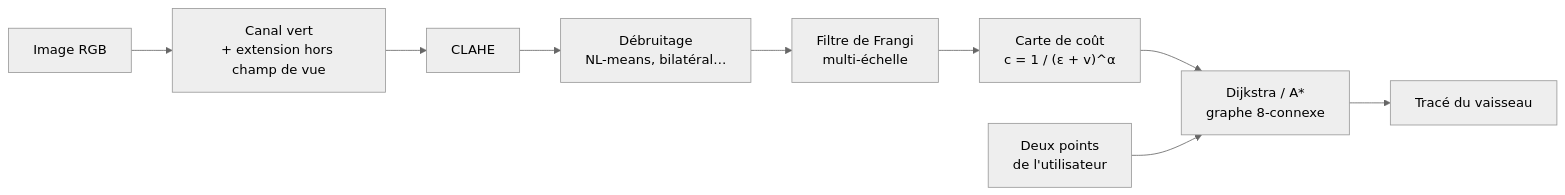
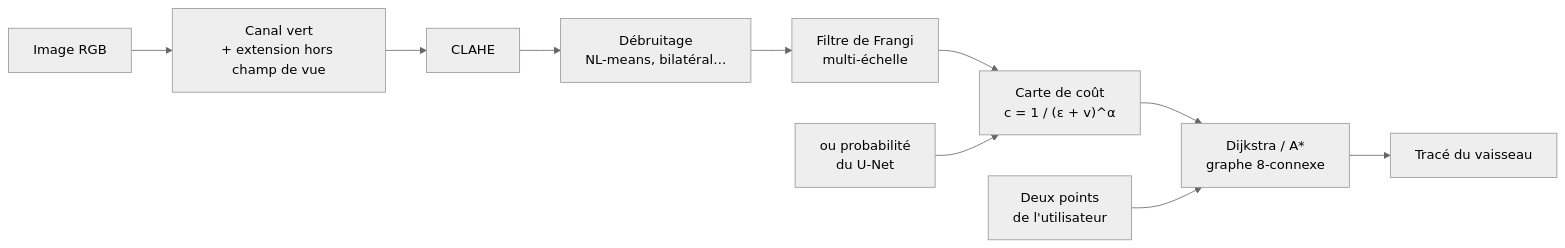
The diagram in README.md (sheene123/retina-vessel-tracing), drawn with Mermaid (neutral theme) before and after one commit. The commit also changed other lines of this file and 11 other files, not shown here.

````diff
--- a/README.md
+++ b/README.md
@@ -26,11 +50,12 @@
 ```mermaid
 flowchart LR
     A[Image RGB] --> B[Canal vert<br/>+ extension hors champ de vue]
     B --> C[CLAHE]
     C --> D[Débruitage<br/>NL-means, bilatéral…]
     D --> E[Filtre de Frangi<br/>multi-échelle]
     E --> F["Carte de coût<br/>c = 1 / (ε + v)^α"]
+    U[ou probabilité<br/>du U-Net] --> F
     F --> G[Dijkstra / A*<br/>graphe 8-connexe]
     P[Deux points<br/>de l'utilisateur] --> G
     G --> H[Tracé du vaisseau]
 ```
````
